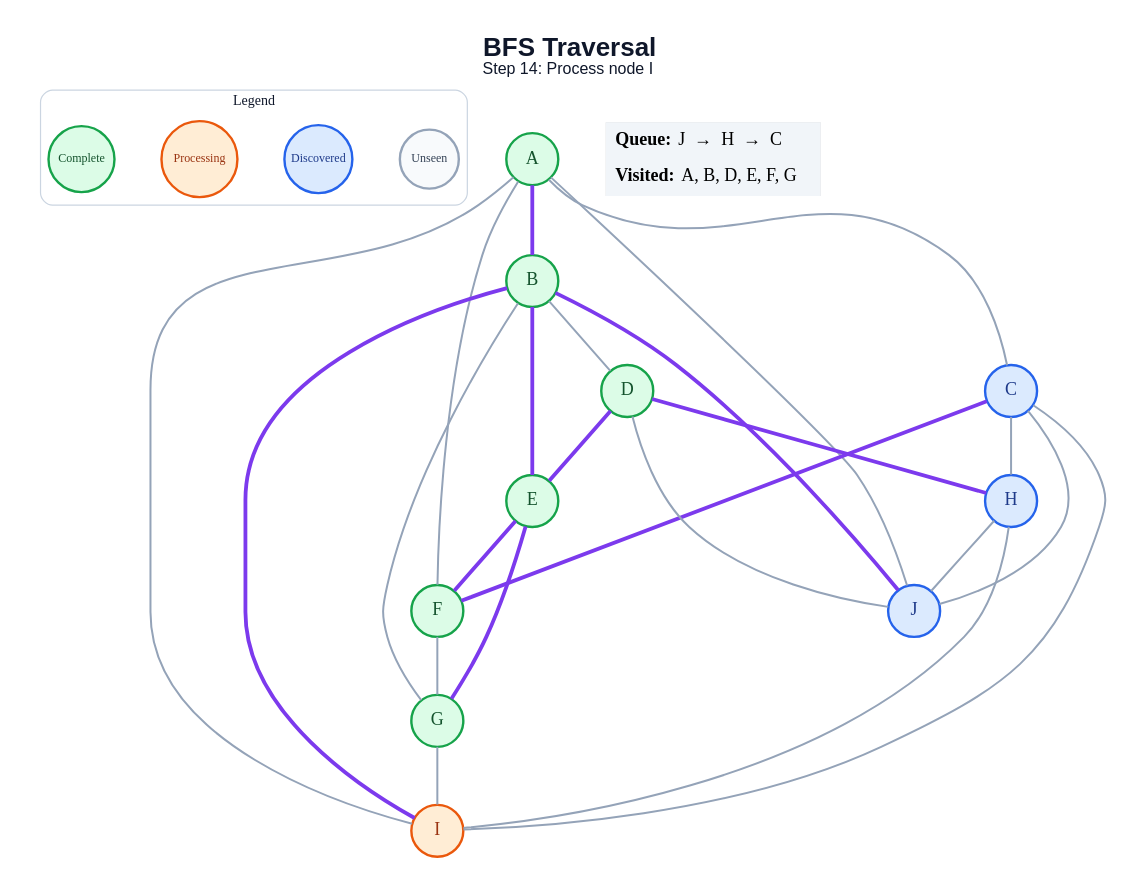
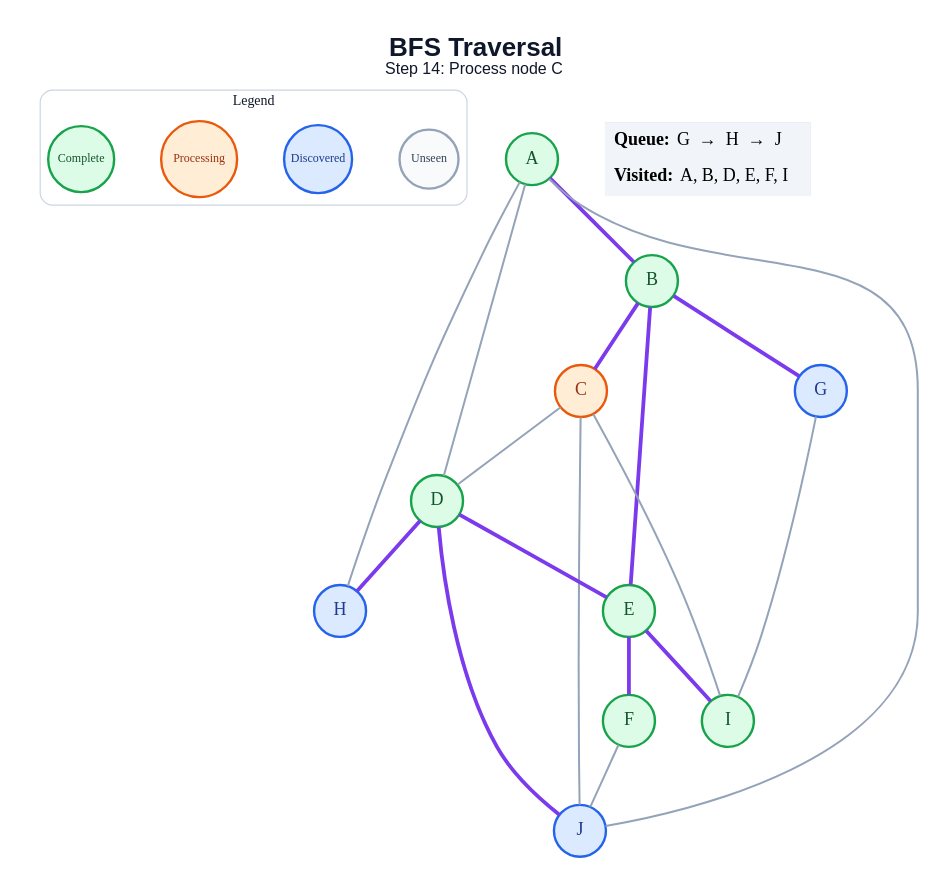
The diagram in generated/specific-node/bfs/step_14.dot (amanghodawala9/ai-slop), drawn with Graphviz before and after one commit. The commit also changed 178 other files, not shown here.

```diff
--- a/generated/specific-node/bfs/step_14.dot
+++ b/generated/specific-node/bfs/step_14.dot
@@ -1,52 +1,46 @@
 graph traversal {
   graph [layout=dot, rankdir=TB, bgcolor="#FFFFFF", pad="0.35", nodesep="0.65", ranksep="0.8", fontname="Arial"];
   node [shape=circle, style="filled", fontname="Arial Bold", fontsize=18, width=0.72, fixedsize=true, penwidth=2.4];
   edge [color="#94A3B8", penwidth=2.0];
-  label=<<B>BFS Traversal</B><BR/><FONT POINT-SIZE="16">Step 14: Process node I</FONT>>; labelloc="t"; fontsize=26; fontname="Arial"; fontcolor="#0F172A";
+  label=<<B>BFS Traversal</B><BR/><FONT POINT-SIZE="16">Step 14: Process node C</FONT>>; labelloc="t"; fontsize=26; fontname="Arial"; fontcolor="#0F172A";
   subgraph cluster_legend { label="Legend"; color="#CBD5E1"; penwidth=1.2; style="rounded"; fontsize=14; fontname="Arial Bold";
     key_unseen [label="Unseen", fillcolor="#F8FAFC", color="#94A3B8", fontcolor="#334155", fontsize=12, width=0.82];
     key_frontier [label="Discovered", fillcolor="#DBEAFE", color="#2563EB", fontcolor="#1E3A8A", fontsize=12, width=0.95];
     key_current [label="Processing", fillcolor="#FFEDD5", color="#EA580C", fontcolor="#9A3412", fontsize=12, width=1.05];
     key_done [label="Complete", fillcolor="#DCFCE7", color="#16A34A", fontcolor="#14532D", fontsize=12, width=0.92];
     { rank=same; key_unseen; key_frontier; key_current; key_done; }
   }
   A [fillcolor="#DCFCE7", color="#16A34A", fontcolor="#14532D"];
   B [fillcolor="#DCFCE7", color="#16A34A", fontcolor="#14532D"];
-  C [fillcolor="#DBEAFE", color="#2563EB", fontcolor="#1E3A8A"];
+  C [fillcolor="#FFEDD5", color="#EA580C", fontcolor="#9A3412"];
   D [fillcolor="#DCFCE7", color="#16A34A", fontcolor="#14532D"];
   E [fillcolor="#DCFCE7", color="#16A34A", fontcolor="#14532D"];
   F [fillcolor="#DCFCE7", color="#16A34A", fontcolor="#14532D"];
-  G [fillcolor="#DCFCE7", color="#16A34A", fontcolor="#14532D"];
+  G [fillcolor="#DBEAFE", color="#2563EB", fontcolor="#1E3A8A"];
   H [fillcolor="#DBEAFE", color="#2563EB", fontcolor="#1E3A8A"];
-  I [fillcolor="#FFEDD5", color="#EA580C", fontcolor="#9A3412"];
+  I [fillcolor="#DCFCE7", color="#16A34A", fontcolor="#14532D"];
   J [fillcolor="#DBEAFE", color="#2563EB", fontcolor="#1E3A8A"];
   A -- B [color="#7C3AED", penwidth=3.8];
-  A -- C;
-  A -- F;
-  A -- I;
+  A -- D;
+  A -- H;
   A -- J;
-  B -- D;
+  B -- C [color="#7C3AED", penwidth=3.8];
   B -- E [color="#7C3AED", penwidth=3.8];
-  B -- G;
-  B -- I [color="#7C3AED", penwidth=3.8];
-  B -- J [color="#7C3AED", penwidth=3.8];
-  C -- F [color="#7C3AED", penwidth=3.8];
-  C -- H;
+  B -- G [color="#7C3AED", penwidth=3.8];
+  C -- D;
   C -- I;
   C -- J;
   D -- E [color="#7C3AED", penwidth=3.8];
   D -- H [color="#7C3AED", penwidth=3.8];
-  D -- J;
+  D -- J [color="#7C3AED", penwidth=3.8];
   E -- F [color="#7C3AED", penwidth=3.8];
-  E -- G [color="#7C3AED", penwidth=3.8];
-  F -- G;
+  E -- I [color="#7C3AED", penwidth=3.8];
+  F -- J;
   G -- I;
-  H -- I;
-  H -- J;
   status [shape=plain, fixedsize=false, width=0, height=0, margin=0, label=<
     <TABLE BORDER="0" CELLBORDER="0" CELLPADDING="7" BGCOLOR="#F1F5F9">
-      <TR><TD ALIGN="LEFT"><B>Queue:</B> J  →  H  →  C</TD></TR>
-      <TR><TD ALIGN="LEFT"><B>Visited:</B> A, B, D, E, F, G</TD></TR>
+      <TR><TD ALIGN="LEFT"><B>Queue:</B> G  →  H  →  J</TD></TR>
+      <TR><TD ALIGN="LEFT"><B>Visited:</B> A, B, D, E, F, I</TD></TR>
     </TABLE>
   >];
 }
```
